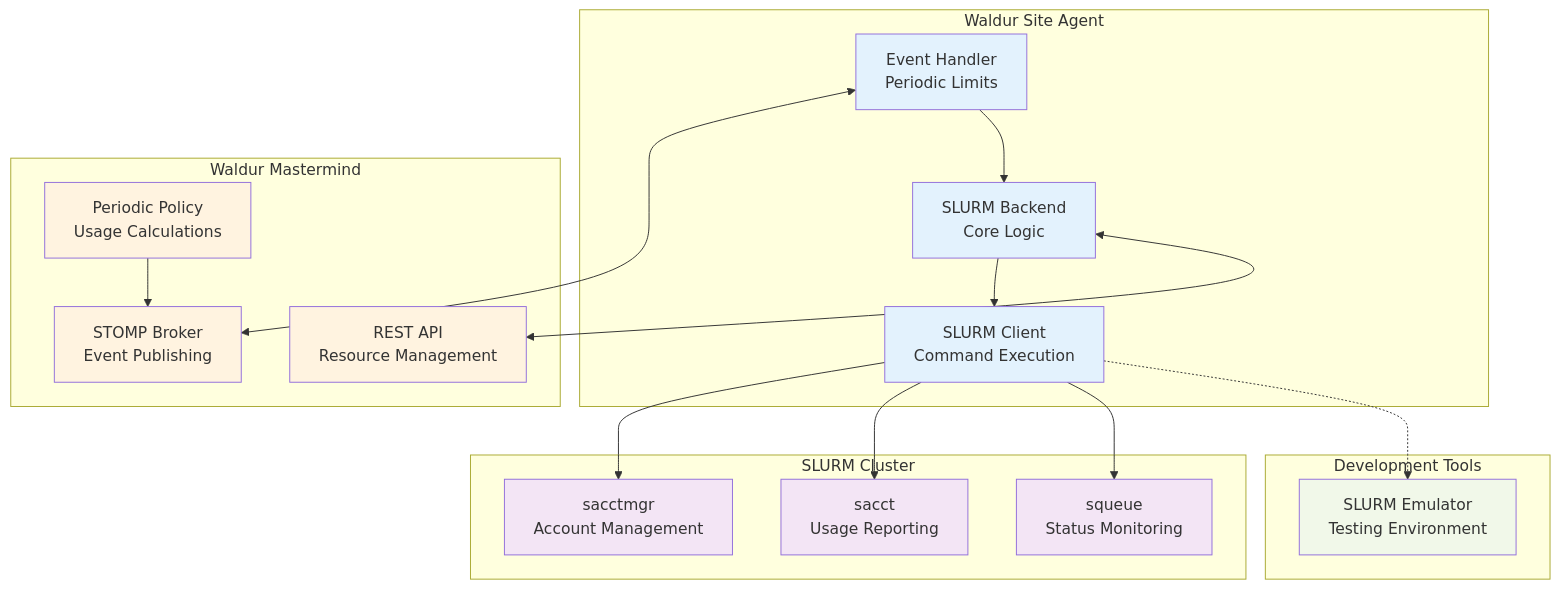
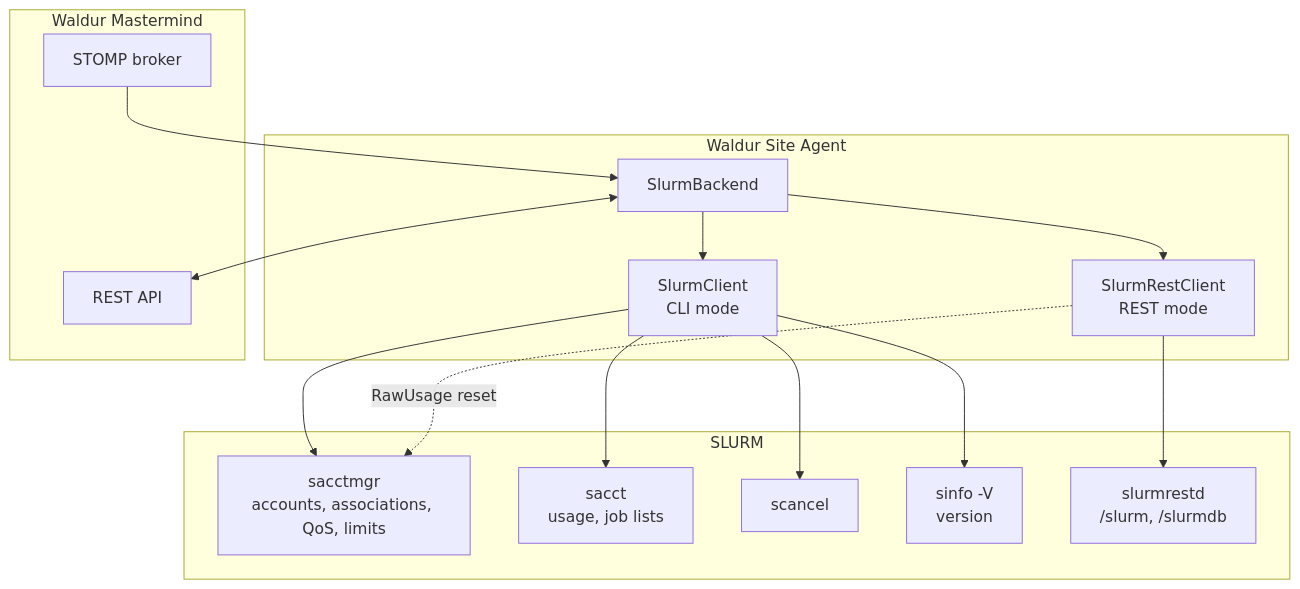
One commit to waldur/waldur-site-agent changed the second of 2 diagrams in plugins/slurm/README.md. Above: the diagram before and after it, drawn with Mermaid. The commit also changed other lines of this file and 10 other files, not shown here.

````diff
--- a/plugins/slurm/README.md
+++ b/plugins/slurm/README.md
@@ -478,47 +623,32 @@
 ```mermaid
 graph TB
     subgraph "Waldur Site Agent"
-        BACKEND[SLURM Backend<br/>Core Logic]
-        CLIENT[SLURM Client<br/>Command Execution]
-        EVENTS[Event Handler<br/>Periodic Limits]
+        BACKEND[SlurmBackend]
+        CLIENT[SlurmClient<br/>CLI mode]
+        REST[SlurmRestClient<br/>REST mode]
     end
 
-    subgraph "SLURM Cluster"
-        SACCTMGR[sacctmgr<br/>Account Management]
-        SACCT[sacct<br/>Usage Reporting]
-        SQUEUE[squeue<br/>Status Monitoring]
+    subgraph "SLURM"
+        SACCTMGR[sacctmgr<br/>accounts, associations, QoS, limits]
+        SACCT[sacct<br/>usage, job lists]
+        SCANCEL[scancel]
+        SINFO[sinfo -V<br/>version]
+        SLURMRESTD[slurmrestd<br/>/slurm, /slurmdb]
     end
 
     subgraph "Waldur Mastermind"
-        API[REST API<br/>Resource Management]
-        STOMP[STOMP Broker<br/>Event Publishing]
-        POLICY[Periodic Policy<br/>Usage Calculations]
+        API[REST API]
+        STOMP[STOMP broker]
     end
 
-    subgraph "Development Tools"
-        EMULATOR[SLURM Emulator<br/>Testing Environment]
-    end
-
-    %% Connections
     BACKEND --> CLIENT
+    BACKEND --> REST
     CLIENT --> SACCTMGR
     CLIENT --> SACCT
-    CLIENT --> SQUEUE
-    CLIENT -.-> EMULATOR
-
+    CLIENT --> SCANCEL
+    CLIENT --> SINFO
+    REST --> SLURMRESTD
+    REST -. RawUsage reset .-> SACCTMGR
     BACKEND <--> API
-    EVENTS <--> STOMP
-    POLICY --> STOMP
-    EVENTS --> BACKEND
-
-    %% Styling
-    classDef agent fill:#e3f2fd
-    classDef slurm fill:#f3e5f5
-    classDef waldur fill:#fff3e0
-    classDef dev fill:#f1f8e9
-
-    class BACKEND,CLIENT,EVENTS agent
-    class SACCTMGR,SACCT,SQUEUE slurm
-    class API,STOMP,POLICY waldur
-    class EMULATOR dev
+    STOMP --> BACKEND
 ```
````
